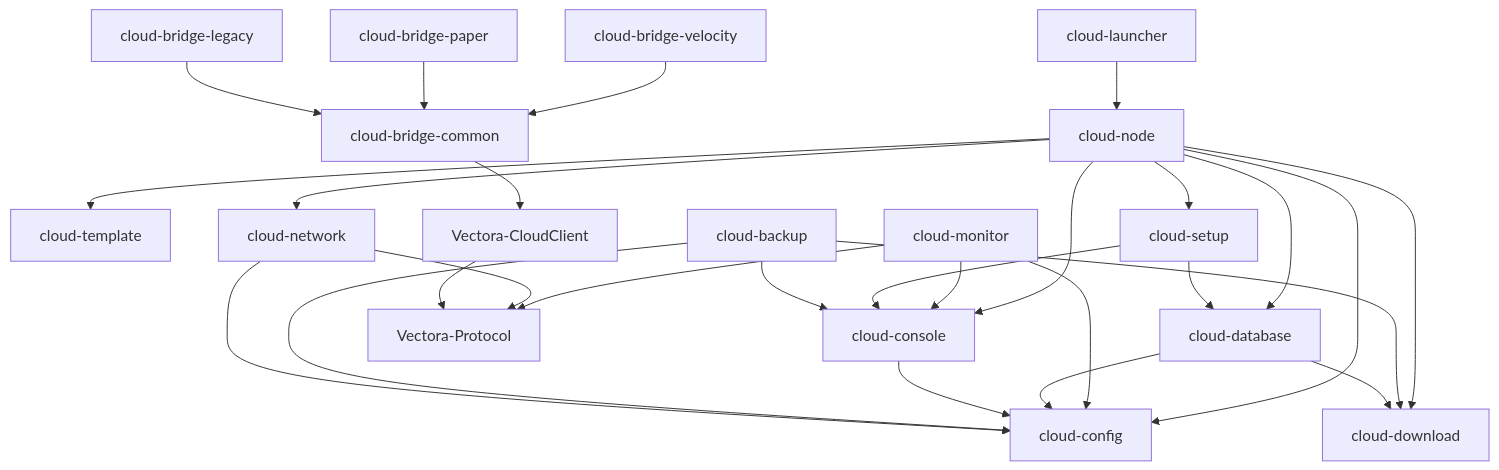
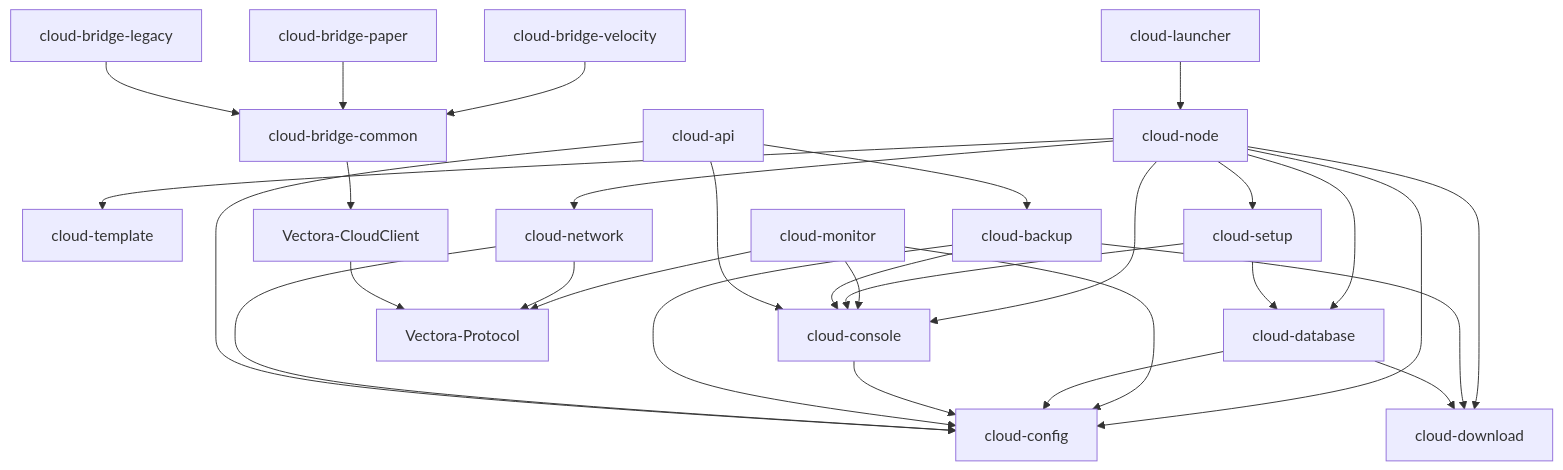
One commit to VectoDE/VectolynCloud changed the diagram in docs/cloud/architecture.md. Above: the diagram before and after it, drawn with Mermaid. The commit also changed other lines of this file and 81 other files, not shown here.

````diff
--- a/docs/cloud/architecture.md
+++ b/docs/cloud/architecture.md
@@ -37,29 +38,32 @@
 ```mermaid
 graph TD
     launcher[cloud-launcher] --> node[cloud-node]
     node --> config[cloud-config]
     node --> template[cloud-template]
     node --> download[cloud-download]
     node --> network[cloud-network]
     node --> database[cloud-database]
     node --> console[cloud-console]
     node --> setup[cloud-setup]
     monitor[cloud-monitor] --> config
     monitor --> console
     monitor --> protocol
     database --> config
     console[cloud-console] --> config
     setup[cloud-setup] --> console
     setup --> database
     backup[cloud-backup] --> config
     backup --> console
     backup --> download
     database --> download
     network --> config
+    api[cloud-api] --> config
+    api --> console
+    api --> backup
     network --> protocol[Vectora-Protocol]
     client[Vectora-CloudClient] --> protocol
     bcom[cloud-bridge-common] --> client
     bvel[cloud-bridge-velocity] --> bcom
     bpap[cloud-bridge-paper] --> bcom
     bleg[cloud-bridge-legacy] --> bcom
 ```
````
